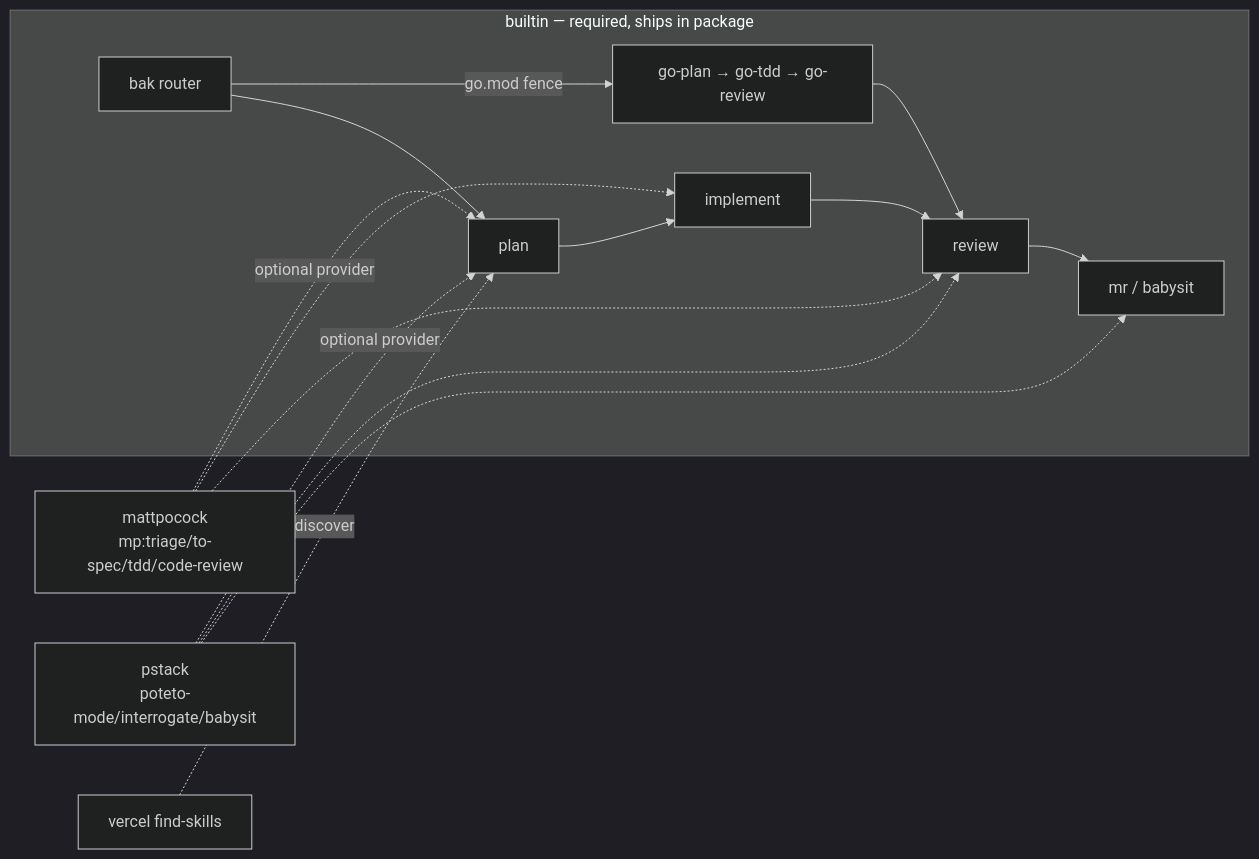
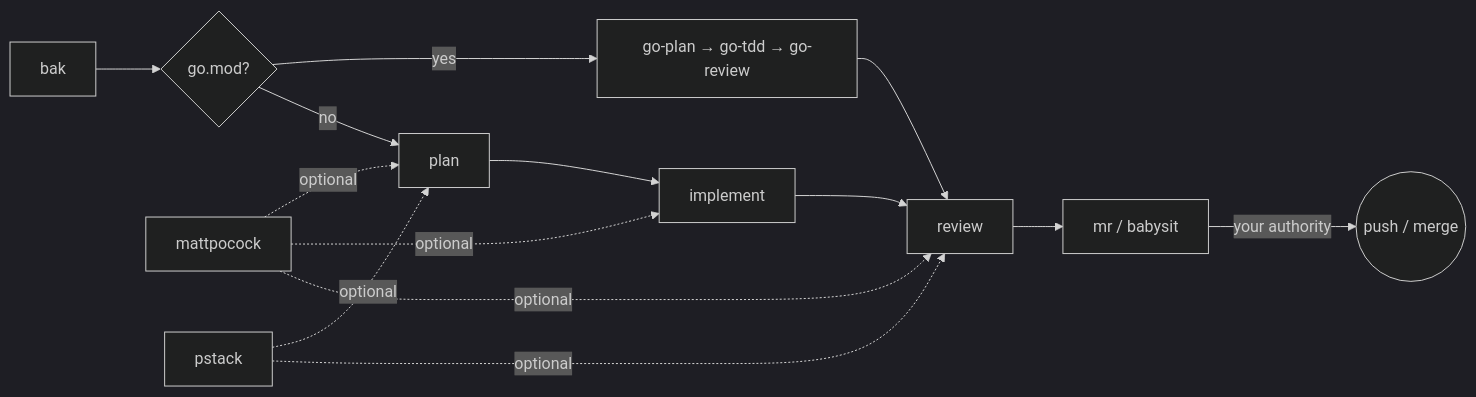
One commit to aniqaqill/bad-agent-kit changed the diagram in README.md. Above: the diagram before and after it, drawn with Mermaid (dark theme). The commit also changed other lines of this file and 16 other files, not shown here.

First line of the commit message:
Slim README and generalize the skills-agnostic provider contract

````diff
--- a/README.md
+++ b/README.md
@@ -142,18 +60,13 @@
 ```mermaid
 flowchart LR
-  subgraph BUILTIN["builtin — required, ships in package"]
-    BAKb[bak router]
-    PLAN[plan] --> IMPL[implement] --> REV[review] --> MR[mr / babysit]
-    GO[go-plan → go-tdd → go-review]
-  end
-  MP["mattpocock<br/>mp:triage/to-spec/tdd/code-review"] -.->|optional provider| PLAN
-  MP -.-> IMPL
-  MP -.-> REV
-  PS["pstack<br/>poteto-mode/interrogate/babysit"] -.->|optional provider| PLAN
-  PS -.-> REV
-  PS -.-> MR
-  VL["vercel find-skills"] -.->|discover| PLAN
-  BAKb -->|go.mod fence| GO
-  BAKb --> PLAN
-  GO --> REV
+  bak --> F{go.mod?}
+  F -- yes --> G[go-plan → go-tdd → go-review]
+  F -- no --> P[plan] --> I[implement] --> R[review] --> M[mr / babysit]
+  G --> R
+  MP[mattpocock] -. optional .-> P
+  MP -. optional .-> I
+  MP -. optional .-> R
+  PS[pstack] -. optional .-> P
+  PS -. optional .-> R
+  M -- your authority --> D((push / merge))
 ```
````
